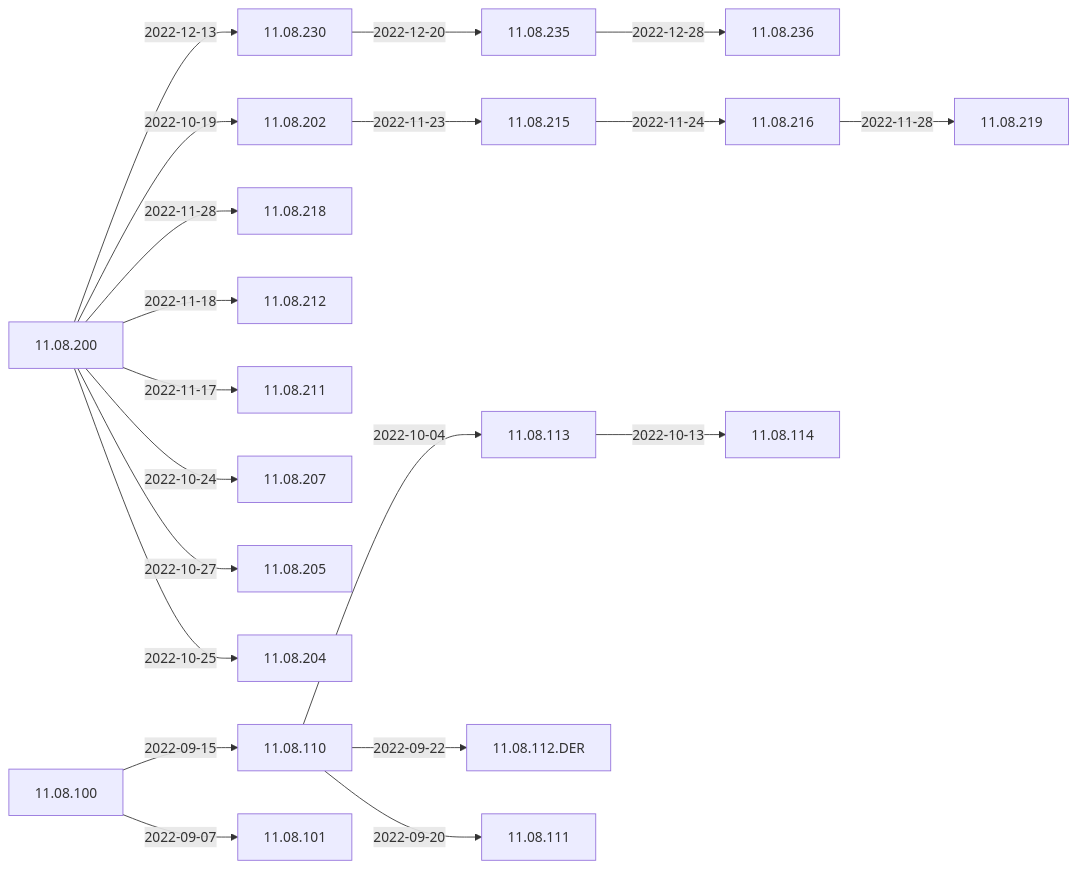
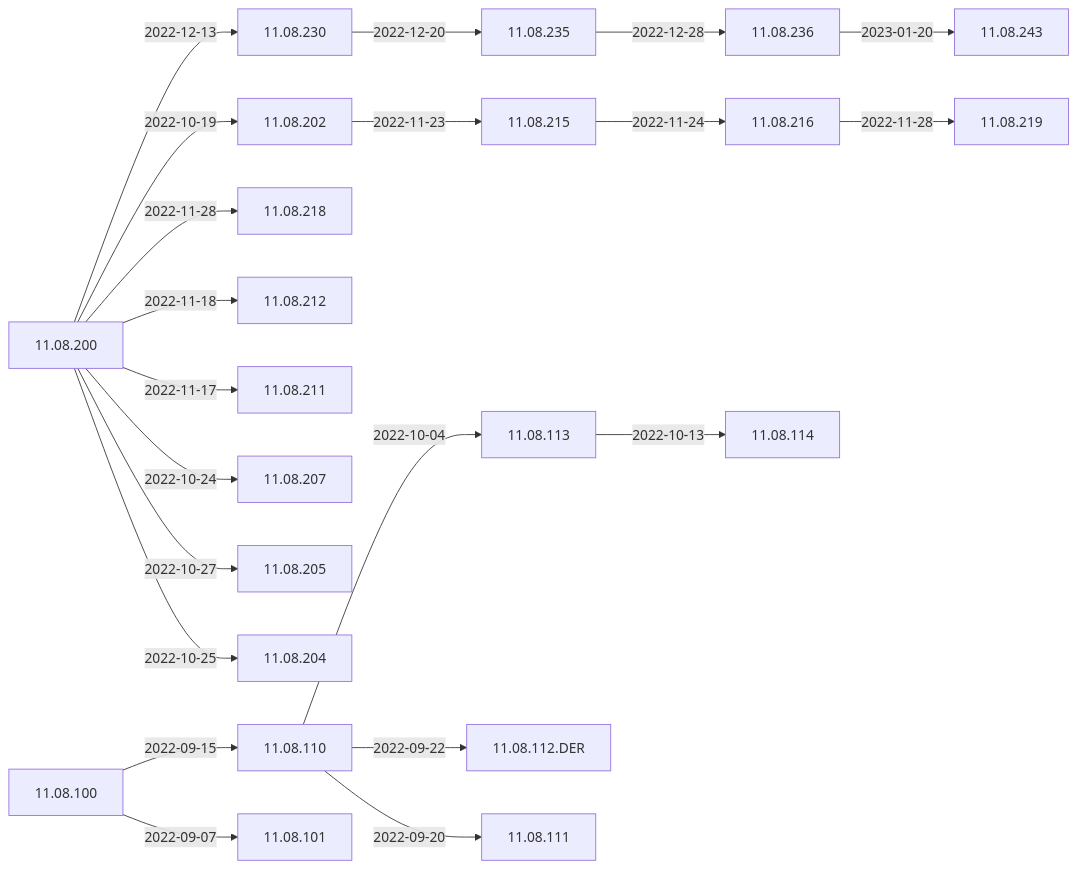
Before and after one commit to woydziak/IGEL-Docs: the first of 3 diagrams in Docs/ReleaseNotes/01-OS11/README.md, drawn with Mermaid.

````diff
--- a/Docs/ReleaseNotes/01-OS11/README.md
+++ b/Docs/ReleaseNotes/01-OS11/README.md
@@ -9,29 +9,30 @@
 ```mermaid
 flowchart LR
-    11.08.200-- 2022-12-13 -->11.08.230-- 2022-12-20 -->11.08.235-- 2022-12-28 -->11.08.236
+    11.08.200-- 2022-12-13 -->11.08.230-- 2022-12-20 -->11.08.235-- 2022-12-28 -->11.08.236-- 2023-01-20 -->11.08.243
     11.08.200-- 2022-10-19 -->11.08.202-- 2022-11-23 -->11.08.215-- 2022-11-24 -->11.08.216-- 2022-11-28 -->11.08.219
     11.08.200-- 2022-11-28 -->11.08.218
     11.08.200-- 2022-11-18 -->11.08.212
     11.08.200-- 2022-11-17 -->11.08.211
     11.08.200-- 2022-10-24 -->11.08.207
     11.08.200-- 2022-10-27 -->11.08.205
     11.08.200-- 2022-10-25 -->11.08.204
     11.08.110-- 2022-10-04 -->11.08.113-- 2022-10-13 -->11.08.114
     11.08.110-- 2022-09-22 -->11.08.112.DER
     11.08.100-- 2022-09-15 -->11.08.110-- 2022-09-20 -->11.08.111
     11.08.100-- 2022-09-07 -->11.08.101
+    click 11.08.243 "https://github.com/IGEL-Community/IGEL-Docs/blob/main/Docs/ReleaseNotes/01-OS11/readme11.08.243.txt" "Open this in a new tab"
     click 11.08.236 "https://github.com/IGEL-Community/IGEL-Docs/blob/main/Docs/ReleaseNotes/01-OS11/readme11.08.236.txt" "Open this in a new tab"
     click 11.08.235 "https://github.com/IGEL-Community/IGEL-Docs/blob/main/Docs/ReleaseNotes/01-OS11/readme11.08.235.txt" "Open this in a new tab"
     click 11.08.230 "https://github.com/IGEL-Community/IGEL-Docs/blob/main/Docs/ReleaseNotes/01-OS11/readme11.08.230.txt" "Open this in a new tab"
     click 11.08.219 "https://github.com/IGEL-Community/IGEL-Docs/blob/main/Docs/ReleaseNotes/01-OS11/readme11.08.219.txt" "Open this in a new tab"
     click 11.08.218 "https://github.com/IGEL-Community/IGEL-Docs/blob/main/Docs/ReleaseNotes/01-OS11/readme11.08.218.txt" "Open this in a new tab"
     click 11.08.216 "https://github.com/IGEL-Community/IGEL-Docs/blob/main/Docs/ReleaseNotes/01-OS11/readme11.08.216.txt" "Open this in a new tab"
     click 11.08.215 "https://github.com/IGEL-Community/IGEL-Docs/blob/main/Docs/ReleaseNotes/01-OS11/readme11.08.215.txt" "Open this in a new tab"
     click 11.08.212 "https://github.com/IGEL-Community/IGEL-Docs/blob/main/Docs/ReleaseNotes/01-OS11/readme11.08.212.txt" "Open this in a new tab"
     click 11.08.211 "https://github.com/IGEL-Community/IGEL-Docs/blob/main/Docs/ReleaseNotes/01-OS11/readme11.08.211.txt" "Open this in a new tab"
     click 11.08.207 "https://github.com/IGEL-Community/IGEL-Docs/blob/main/Docs/ReleaseNotes/01-OS11/readme11.08.207.txt" "Open this in a new tab"
     click 11.08.205 "https://github.com/IGEL-Community/IGEL-Docs/blob/main/Docs/ReleaseNotes/01-OS11/readme11.08.205.txt" "Open this in a new tab"
     click 11.08.204 "https://github.com/IGEL-Community/IGEL-Docs/blob/main/Docs/ReleaseNotes/01-OS11/readme11.08.204.txt" "Open this in a new tab"
     click 11.08.202 "https://github.com/IGEL-Community/IGEL-Docs/blob/main/Docs/ReleaseNotes/01-OS11/readme11.08.202.txt" "Open this in a new tab"
     click 11.08.200 "https://github.com/IGEL-Community/IGEL-Docs/blob/main/Docs/ReleaseNotes/01-OS11/readme11.08.200.txt" "Open this in a new tab"
 ```
````
